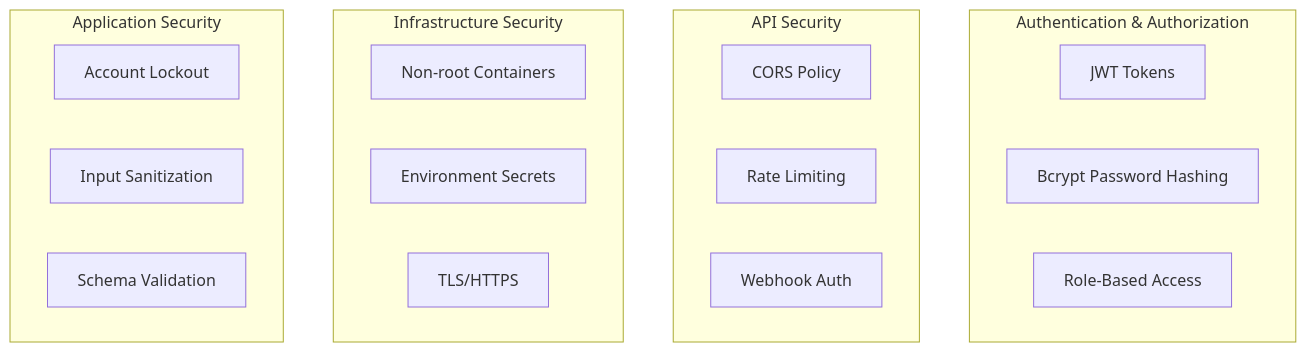
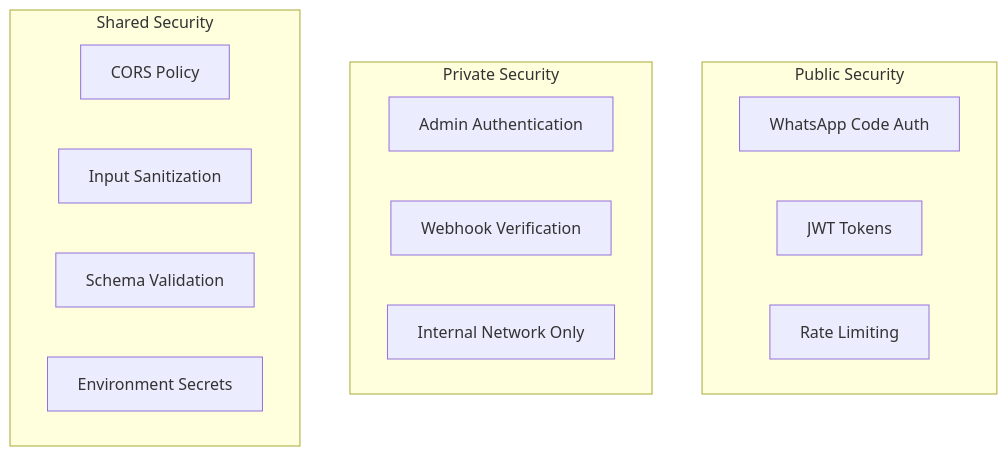
Before and after one commit to tonylampada/zapa: the eighth of 11 diagrams in architecture.md, drawn with Mermaid. The commit also changed other lines of this file, not shown here.

First line of the commit message:
Revise architecture for dual FastAPI services design

````diff
--- a/architecture.md
+++ b/architecture.md
@@ -270,26 +298,21 @@
 ```mermaid
 graph TB
-    subgraph "Authentication & Authorization"
+    subgraph "Public Security"
+        WA_AUTH[WhatsApp Code Auth]
         JWT[JWT Tokens]
-        BCRYPT[Bcrypt Password Hashing]
-        RBAC[Role-Based Access]
+        RATE_PUB[Rate Limiting]
     end
     
-    subgraph "API Security"
-        CORS[CORS Policy]
-        RATE[Rate Limiting]
-        WEBHOOK[Webhook Auth]
+    subgraph "Private Security"
+        ADMIN_AUTH[Admin Authentication]
+        WEBHOOK_AUTH[Webhook Verification]
+        INTERNAL[Internal Network Only]
     end
     
-    subgraph "Infrastructure Security"
-        DOCKER[Non-root Containers]
-        ENV[Environment Secrets]
-        TLS[TLS/HTTPS]
-    end
-    
-    subgraph "Application Security"
-        LOCK[Account Lockout]
+    subgraph "Shared Security"
+        CORS[CORS Policy]
         SANITIZE[Input Sanitization]
         VALIDATE[Schema Validation]
+        ENV[Environment Secrets]
     end
 ```
````
